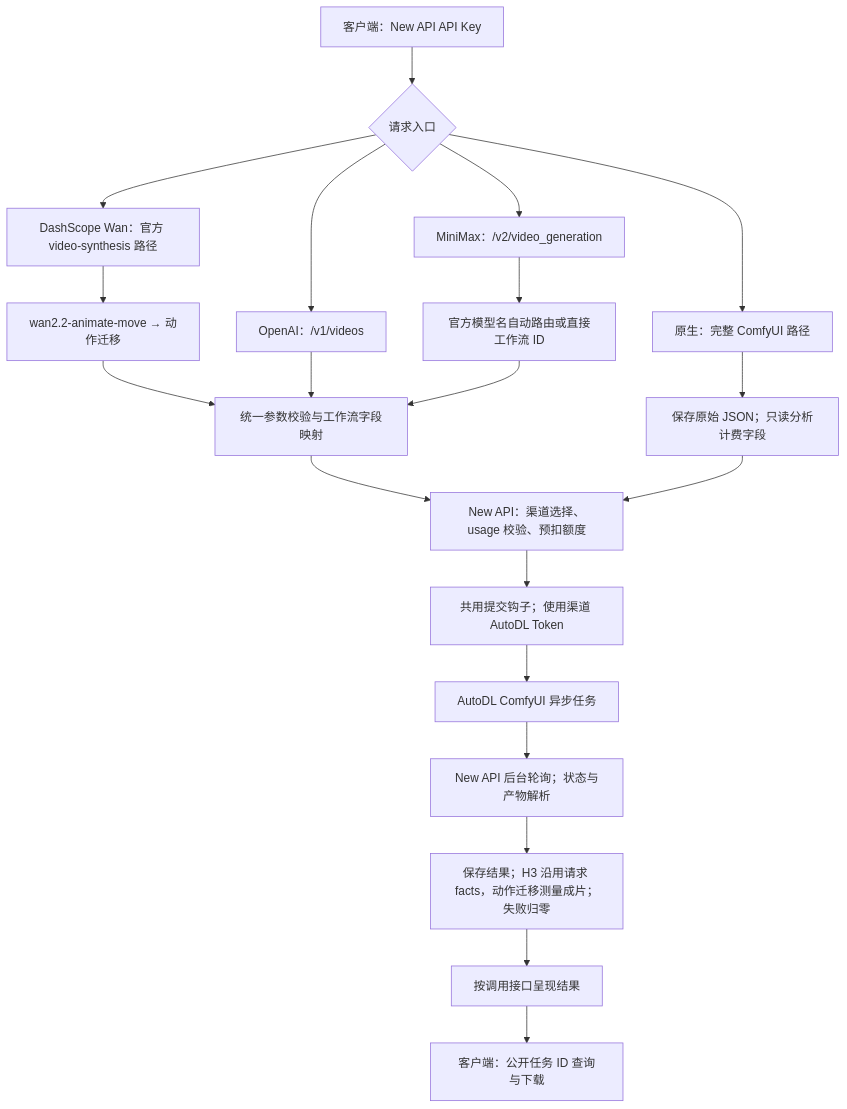
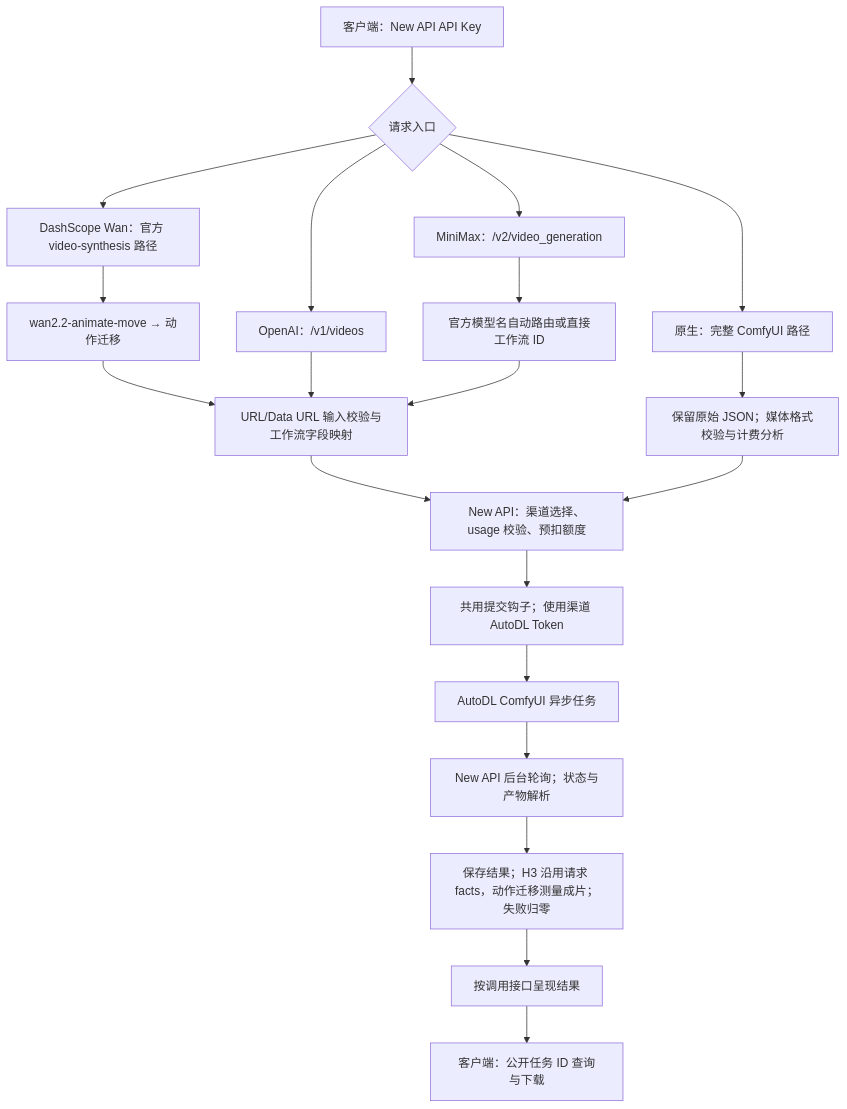
Before and after one commit to yiyinfaith/new-api-plugin-autodl: the diagram in README.md, drawn with Mermaid. The commit also changed other lines of this file and 9 other files, not shown here.

First line of the commit message:
Support Data URL media inputs across four API formats

````diff
--- a/README.md
+++ b/README.md
@@ -31,22 +31,22 @@
 ```mermaid
 flowchart TD
     Client["客户端：New API API Key"] --> Entry{"请求入口"}
     Entry --> OpenAI["OpenAI：/v1/videos"]
     Entry --> MiniMax["MiniMax：/v2/video_generation"]
     Entry --> Native["原生：完整 ComfyUI 路径"]
     Entry --> Dash["DashScope Wan：官方 video-synthesis 路径"]
     Dash --> Motion["wan2.2-animate-move → 动作迁移"]
     Motion --> Map
-    OpenAI --> Map["统一参数校验与工作流字段映射"]
+    OpenAI --> Map["URL/Data URL 输入校验与工作流字段映射"]
     MiniMax --> Route["官方模型名自动路由或直接工作流 ID"]
     Route --> Map
-    Native --> Sidecar["保存原始 JSON；只读分析计费字段"]
+    Native --> Sidecar["保留原始 JSON；媒体格式校验与计费分析"]
     Map --> Host["New API：渠道选择、usage 校验、预扣额度"]
     Sidecar --> Host
     Host --> Submit["共用提交钩子；使用渠道 AutoDL Token"]
     Submit --> Vendor["AutoDL ComfyUI 异步任务"]
     Vendor --> Poll["New API 后台轮询；状态与产物解析"]
     Poll --> Settle["保存结果；H3 沿用请求 facts，动作迁移测量成片；失败归零"]
     Settle --> Render["按调用接口呈现结果"]
     Render --> Query["客户端：公开任务 ID 查询与下载"]
 ```
````
